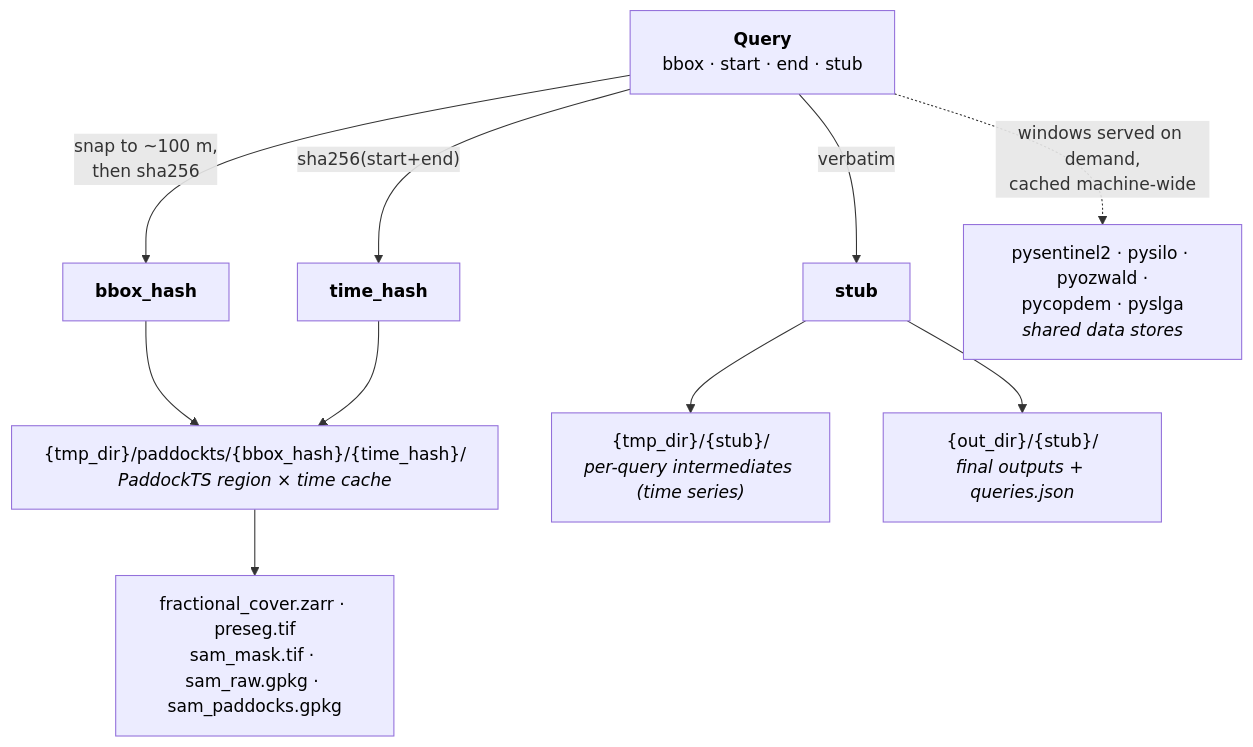
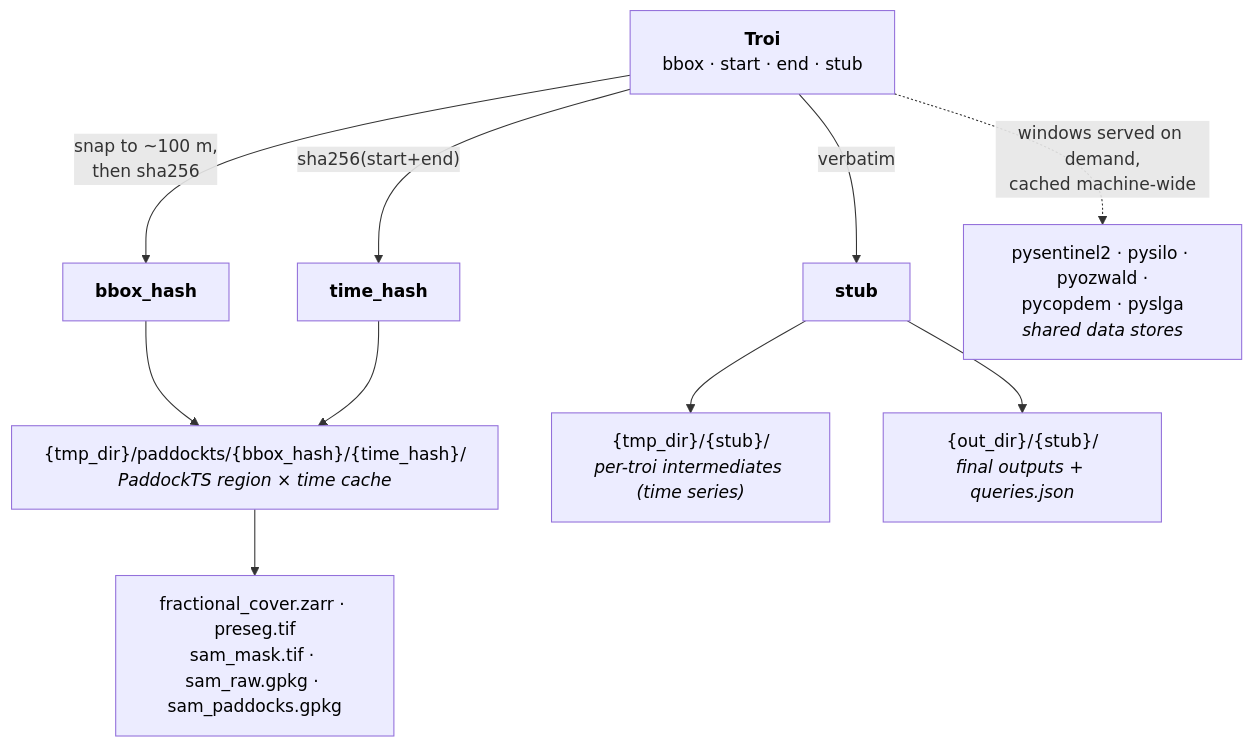
One commit to johnburley3000/paddocktimeseries changed the diagram in docs/api/query.md. Above: the diagram before and after it, drawn with Mermaid. The commit also changed other lines of this file and 46 other files, not shown here.

First line of the commit message:
Adopt troi: borevitz_lab.Query is now troi.Troi

````diff
--- a/docs/api/query.md
+++ b/docs/api/query.md
@@ -42,19 +42,19 @@
 ```mermaid
 flowchart TD
-  Q["<b>Query</b><br/>bbox · start · end · stub"]
+  Q["<b>Troi</b><br/>bbox · start · end · stub"]
 
   Q -->|"snap to ~100 m,<br/>then sha256"| BH["<b>bbox_hash</b>"]
   Q -->|"sha256(start+end)"| TH["<b>time_hash</b>"]
   Q -->|"verbatim"| ST["<b>stub</b>"]
 
   Q -.->|"windows served on demand,<br/>cached machine-wide"| STORES["pysentinel2 · pysilo · pyozwald ·<br/>pycopdem · pyslga<br/><i>shared data stores</i>"]
 
   BH --> QD["{tmp_dir}/paddockts/{bbox_hash}/{time_hash}/<br/><i>PaddockTS region × time cache</i>"]
   TH --> QD
   QD --> ART["fractional_cover.zarr · preseg.tif<br/>sam_mask.tif · sam_raw.gpkg · sam_paddocks.gpkg"]
 
-  ST --> TMP["{tmp_dir}/{stub}/<br/><i>per-query intermediates (time series)</i>"]
+  ST --> TMP["{tmp_dir}/{stub}/<br/><i>per-troi intermediates (time series)</i>"]
   ST --> OUT["{out_dir}/{stub}/<br/><i>final outputs + queries.json</i>"]
 
   classDef default color:#000;
 ```
````
